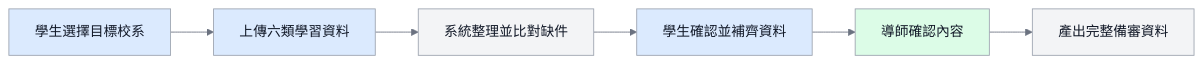
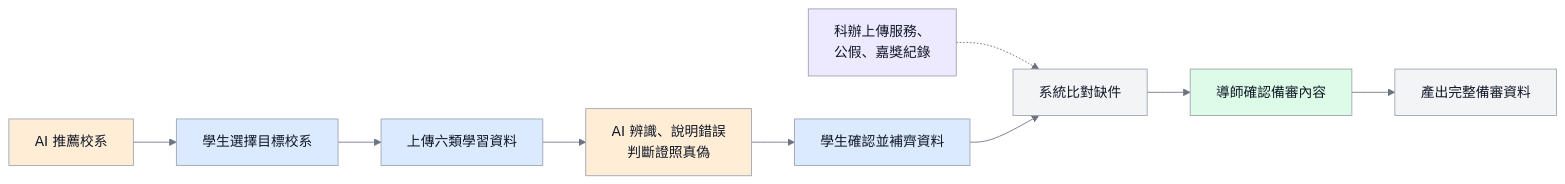
One commit to vujhdcusa/1028 changed the diagram in docs/images/D-15-report-overview.mmd. Above: the diagram before and after it, drawn with Mermaid. The commit also changed 41 other files, not shown here.

First line of the commit message:
docs: update diagrams and spec for department office records and AI feedback

```diff
--- a/docs/images/D-15-report-overview.mmd
+++ b/docs/images/D-15-report-overview.mmd
@@ -1,12 +1,17 @@
 %%{init: {'theme':'base','themeVariables': {'fontFamily':'Microsoft JhengHei, Noto Sans TC, Arial, sans-serif','primaryColor':'#F3F4F6','primaryTextColor':'#111827','primaryBorderColor':'#9CA3AF','lineColor':'#6B7280','edgeLabelBackground':'#FFFFFF'},'flowchart':{'wrappingWidth':400}}}%%
 flowchart LR
     classDef student fill:#DBEAFE,stroke:#9CA3AF,color:#111827,stroke-width:1px;
     classDef system fill:#F3F4F6,stroke:#9CA3AF,color:#111827,stroke-width:1px;
     classDef teacher fill:#DCFCE7,stroke:#9CA3AF,color:#111827,stroke-width:1px;
     classDef staff fill:#EDE9FE,stroke:#9CA3AF,color:#111827,stroke-width:1px;
+    classDef ai fill:#FFEDD5,stroke:#9CA3AF,color:#111827,stroke-width:1px;
 
-    Target[學生選擇目標校系]:::student --> Upload[上傳六類學習資料]:::student
-    Upload --> Core[系統整理並比對缺件]:::system
-    Core --> Confirm[學生確認並補齊資料]:::student
-    Confirm --> Teacher[導師確認內容]:::teacher
+    Recommend[AI 推薦校系]:::ai --> Target[學生選擇目標校系]:::student
+    Target --> Upload[上傳六類學習資料]:::student
+    Upload --> Check[AI 辨識、說明錯誤<br/>判斷證照真偽]:::ai
+    Check --> Confirm[學生確認並補齊資料]:::student
+    Staff[科辦上傳服務、<br/>公假、嘉獎紀錄]:::staff -.-> Core
+    Confirm --> Core[系統比對缺件]:::system
+    Core --> Teacher
+    Teacher[導師確認備審內容]:::teacher
     Teacher --> Output[產出完整備審資料]:::system
```
